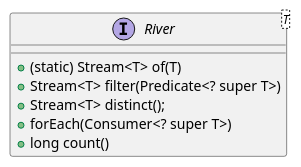
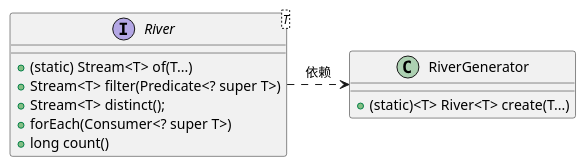
One commit to zexho994/River changed the diagram in docs/自制/类图.puml. Above: the diagram before and after it, drawn with PlantUML. The commit also changed 9 other files, not shown here.

```diff
--- a/docs/自制/类图.puml
+++ b/docs/自制/类图.puml
@@ -1,11 +1,17 @@
 @startuml
 
 interface River<T>{
-    + (static) Stream<T> of(T)
+    + (static) Stream<T> of(T...)
     + Stream<T> filter(Predicate<? super T>)
     + Stream<T> distinct();
     + forEach(Consumer<? super T>)
     + long count()
 }
 
+class RiverGenerator{
+    + (static)<T> River<T> create(T...)
+}
+
+River .right.> RiverGenerator : 依赖
+
 @enduml
```
